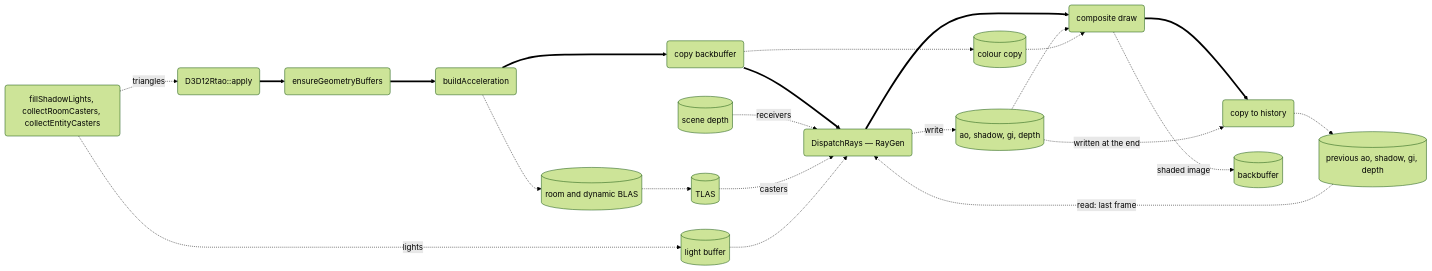
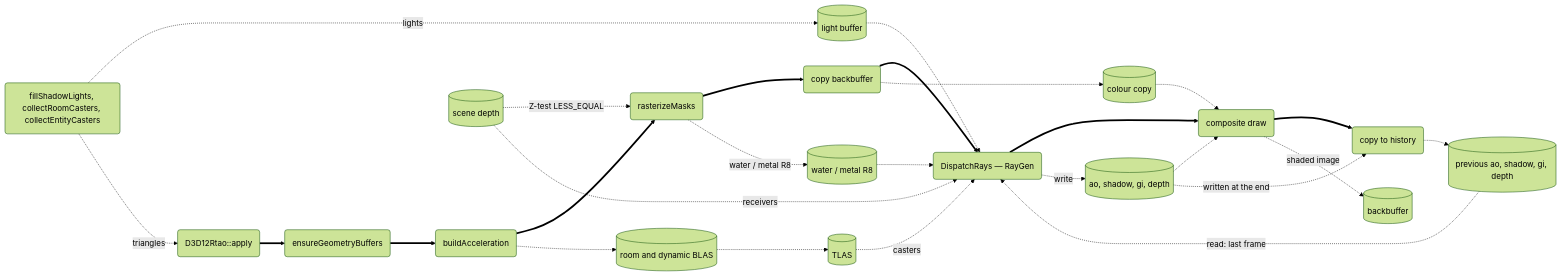
Before and after one commit to gabriel7silva/ArxRaymix: the fourth of 5 diagrams in docs/maintenance/MAP.md, drawn with Mermaid (forest theme). The commit also changed other lines of this file and 12 other files, not shown here.

Commit message:
Correct the review docs and show the session graphics API on the Video page. (#11)

````diff
--- a/docs/maintenance/MAP.md
+++ b/docs/maintenance/MAP.md
@@ -136,36 +136,41 @@
 ```mermaid
 flowchart LR
   Feed("fillShadowLights, collectRoomCasters, collectEntityCasters")
   Apply("D3D12Rtao::apply")
   Geo("ensureGeometryBuffers")
   Accel("buildAcceleration")
+  Masks("rasterizeMasks")
   Copy("copy backbuffer")
   Rays("DispatchRays — RayGen")
   Comp("composite draw")
   Save("copy to history")
 
   Lights[("light buffer")]
   Blas[("room and dynamic BLAS")]
   Tlas[("TLAS")]
   Colour[("colour copy")]
   Depth[("scene depth")]
+  Water[("water / metal R8")]
   Out[("ao, shadow, gi, depth")]
   Hist[("previous ao, shadow, gi, depth")]
   Back[("backbuffer")]
 
   Feed -.->|"lights"| Lights
   Feed -.->|"triangles"| Apply
-  Apply ==> Geo ==> Accel ==> Copy ==> Rays ==> Comp ==> Save
+  Apply ==> Geo ==> Accel ==> Masks ==> Copy ==> Rays ==> Comp ==> Save
   Accel -.-> Blas -.-> Tlas
   Copy -.-> Colour
+  Depth -.->|"Z-test LESS_EQUAL"| Masks
+  Masks -.->|"water / metal R8"| Water
+  Water -.-> Rays
   Depth -.->|"receivers"| Rays
   Tlas -.->|"casters"| Rays
   Lights -.-> Rays
   Hist -.->|"read: last frame"| Rays
   Rays -.->|"write"| Out
   Out -.-> Comp
   Colour -.-> Comp
   Comp -.->|"shaded image"| Back
   Out -.->|"written at the end"| Save
   Save -.-> Hist
 ```
````
